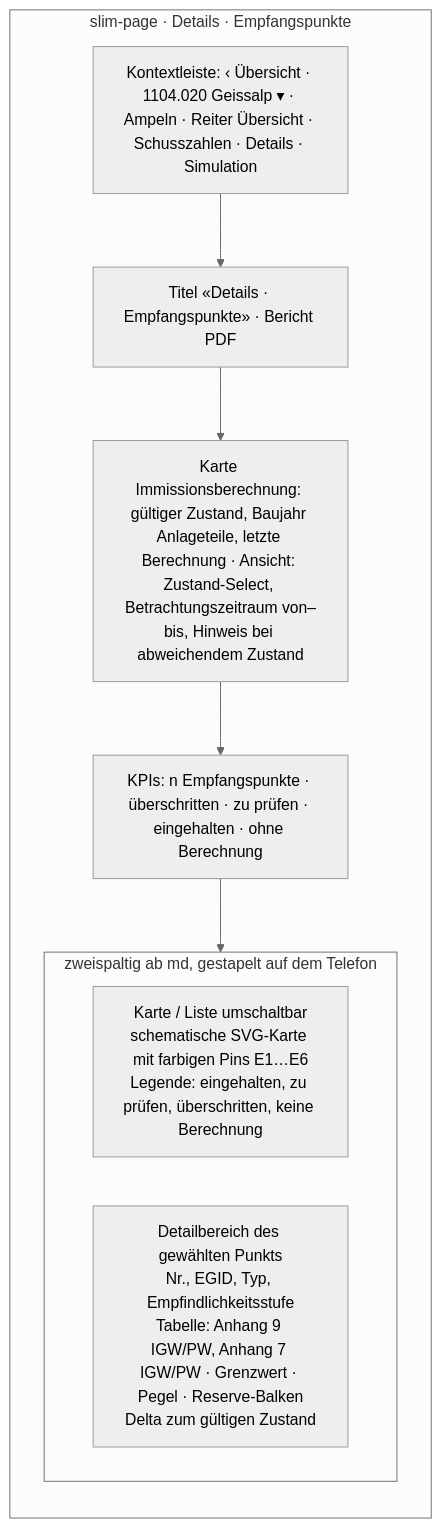
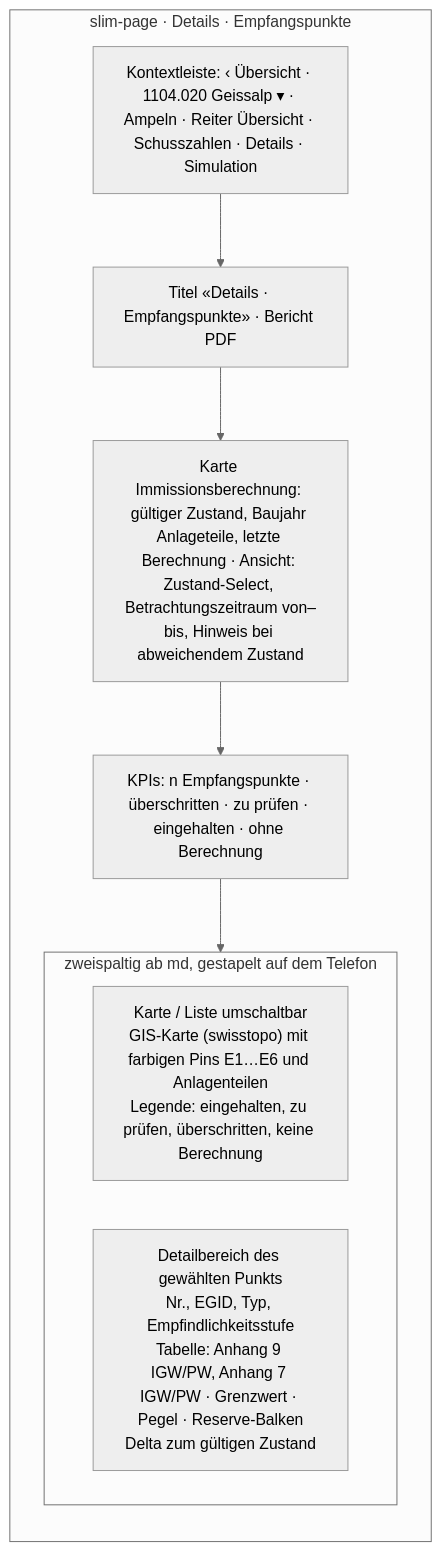
Before and after one commit to WeslleyDeSouza/slim-shooting-range-noise-management: the second of 4 diagrams in docs/architecture/ui-ansichten.md, drawn with Mermaid (neutral theme). The commit also changed other lines of this file and 42 other files, not shown here.

First line of the commit message:
Add tests and components for enhanced error handling, GIS map updates, and security headers

````diff
--- a/docs/architecture/ui-ansichten.md
+++ b/docs/architecture/ui-ansichten.md
@@ -63,16 +63,16 @@
 ```mermaid
 flowchart TB
   subgraph Page["slim-page · Details · Empfangspunkte"]
     direction TB
     CTX["Kontextleiste: ‹ Übersicht · 1104.020 Geissalp ▾ · Ampeln · Reiter Übersicht · Schusszahlen · Details · Simulation"]
     HEAD["Titel «Details · Empfangspunkte» · Bericht PDF"]
     CALC["Karte Immissionsberechnung: gültiger Zustand, Baujahr Anlageteile, letzte Berechnung · Ansicht: Zustand-Select, Betrachtungszeitraum von–bis, Hinweis bei abweichendem Zustand"]
     KPI["KPIs: n Empfangspunkte · überschritten · zu prüfen · eingehalten · ohne Berechnung"]
     subgraph Split["zweispaltig ab md, gestapelt auf dem Telefon"]
       direction LR
-      MAP["Karte / Liste umschaltbar<br/>schematische SVG-Karte mit farbigen Pins E1…E6<br/>Legende: eingehalten, zu prüfen, überschritten, keine Berechnung"]
+      MAP["Karte / Liste umschaltbar<br/>GIS-Karte (swisstopo) mit farbigen Pins E1…E6 und Anlagenteilen<br/>Legende: eingehalten, zu prüfen, überschritten, keine Berechnung"]
       DET["Detailbereich des gewählten Punkts<br/>Nr., EGID, Typ, Empfindlichkeitsstufe<br/>Tabelle: Anhang 9 IGW/PW, Anhang 7 IGW/PW · Grenzwert · Pegel · Reserve-Balken<br/>Delta zum gültigen Zustand"]
     end
     CTX --> HEAD --> CALC --> KPI --> Split
   end
 ```
````
